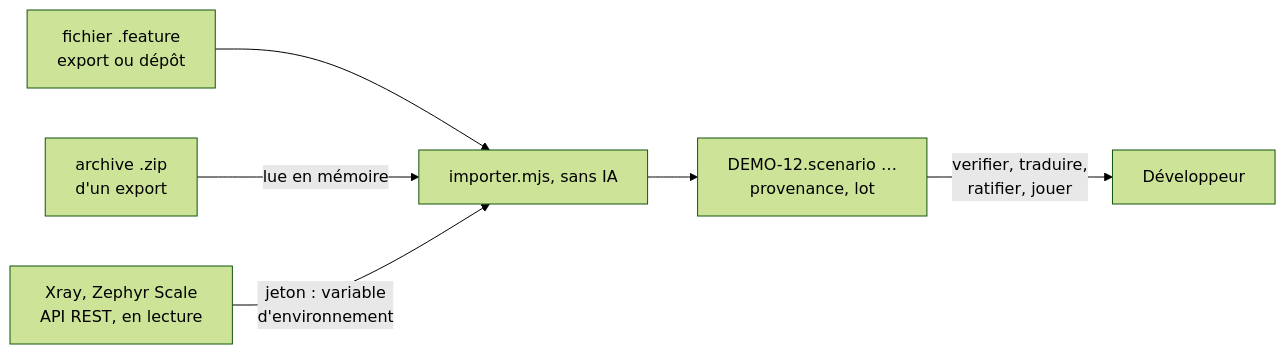
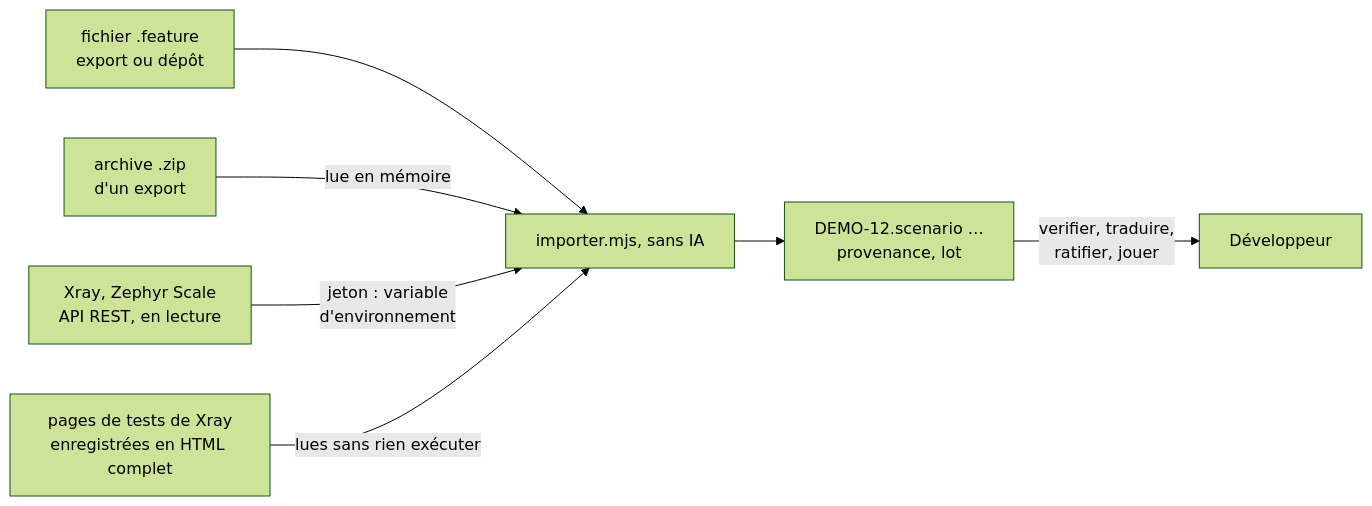
One commit to FredGarcia/Agent2Prompt changed the diagram in specs/scenario-playwright/modules/cas-de-test/SKILL.md. Above: the diagram before and after it, drawn with Mermaid (forest theme). The commit also changed other lines of this file and 24 other files, not shown here.

````diff
--- a/specs/scenario-playwright/modules/cas-de-test/SKILL.md
+++ b/specs/scenario-playwright/modules/cas-de-test/SKILL.md
@@ -16,8 +16,9 @@
 ```mermaid
 flowchart LR
   FEAT["fichier .feature<br/>export ou dépôt"] --> LEC
   ZIP["archive .zip<br/>d'un export"] -->|"lue en mémoire"| LEC
   API["Xray, Zephyr Scale<br/>API REST, en lecture"] -->|"jeton : variable<br/>d'environnement"| LEC["importer.mjs, sans IA"]
+  PAGE["pages de tests de Xray<br/>enregistrées en HTML complet"] -->|"lues sans rien exécuter"| LEC
   LEC --> TXT["DEMO-12.scenario …<br/>provenance, lot"]
   TXT -->|"verifier, traduire,<br/>ratifier, jouer"| DEV["Développeur"]
 ```
````
